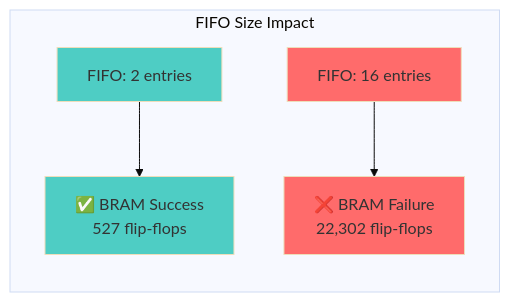
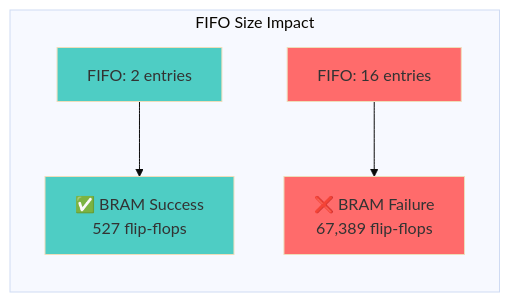
One commit to rockyco/extractSSBsig changed the first of 16 diagrams in README.md. Above: the diagram before and after it, drawn with Mermaid (base theme). The commit also changed other lines of this file and 3 other files, not shown here.

````diff
--- a/README.md
+++ b/README.md
@@ -196,12 +196,12 @@
 ```mermaid
 graph LR
     subgraph "FIFO Size Impact"
         A[FIFO: 2 entries] --> B[✅ BRAM Success<br/>527 flip-flops]
-        C[FIFO: 16 entries] --> D[❌ BRAM Failure<br/>22,302 flip-flops]
+        C[FIFO: 16 entries] --> D[❌ BRAM Failure<br/>67,389 flip-flops]
     end
     
     style A fill:#4ecdc4
     style B fill:#4ecdc4
     style C fill:#ff6b6b
     style D fill:#ff6b6b
 ```
````
